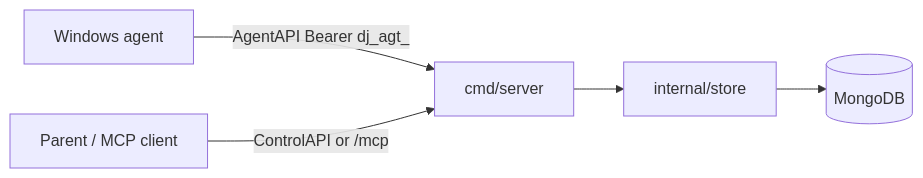
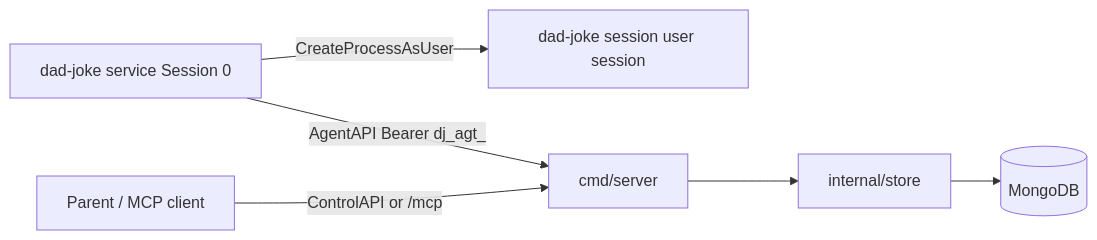
Before and after one commit to barzoj/dad-joke: the diagram in README.md, drawn with Mermaid. The commit also changed other lines of this file and 37 other files, not shown here.

First line of the commit message:
T-21: Session agent launch and supervision (#53)

````diff
--- a/README.md
+++ b/README.md
@@ -54,7 +56,10 @@
 ```mermaid
 flowchart LR
-  Agent[Windows agent] -->|AgentAPI Bearer dj_agt_| Server[cmd/server]
+  Service[dad-joke service Session 0]
+  SessionAgent[dad-joke session user session]
+  Service -->|CreateProcessAsUser| SessionAgent
+  Service -->|AgentAPI Bearer dj_agt_| Server[cmd/server]
   Parent[Parent / MCP client] -->|ControlAPI or /mcp| Server
   Server --> DAL[internal/store]
   DAL --> Mongo[(MongoDB)]
 ```
````
